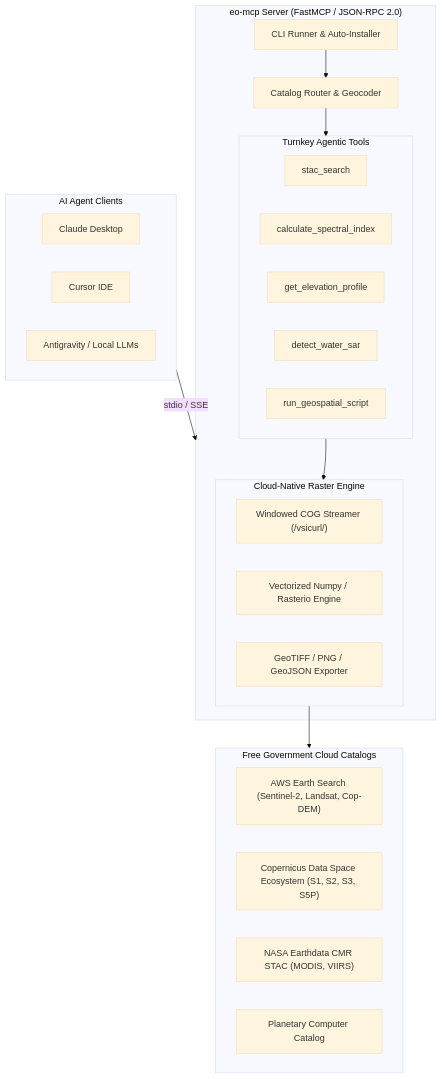
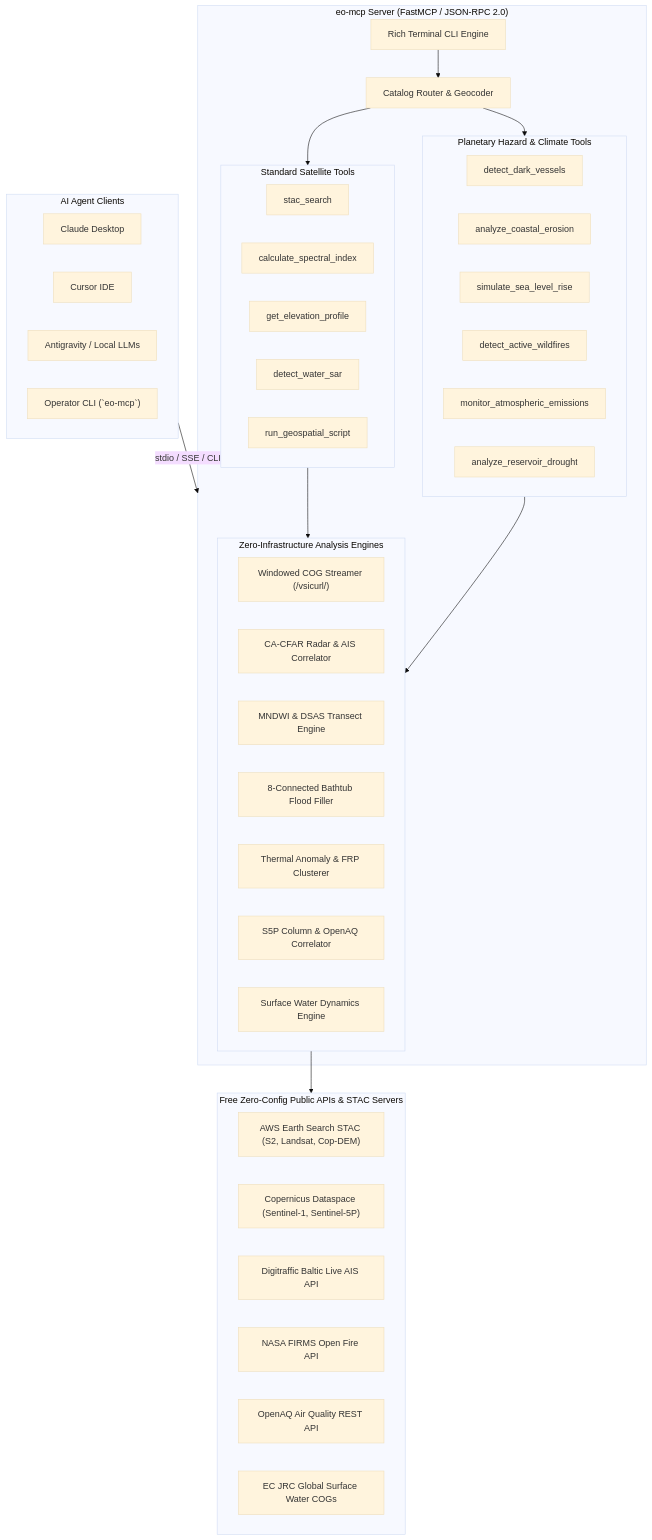
One commit to eo-mcp/eo-mcp changed the diagram in README.md. Above: the diagram before and after it, drawn with Mermaid (base theme). The commit also changed other lines of this file and 32 other files, not shown here.

Commit message:
feat: planetary observation suite, extended tools, and updated technical documentation

````diff
--- a/README.md
+++ b/README.md
@@ -151,40 +274,58 @@
 ```mermaid
 flowchart TD
     subgraph Clients["AI Agent Clients"]
         Claude["Claude Desktop"]
         Cursor["Cursor IDE"]
         Antigravity["Antigravity / Local LLMs"]
+        CLI_User["Operator CLI (`eo-mcp`)"]
     end
 
     subgraph Server["eo-mcp Server (FastMCP / JSON-RPC 2.0)"]
-        CLI["CLI Runner & Auto-Installer"]
+        CLI["Rich Terminal CLI Engine"]
         Router["Catalog Router & Geocoder"]
         
-        subgraph Tools["Turnkey Agentic Tools"]
+        subgraph StandardTools["Standard Satellite Tools"]
             T1["stac_search"]
             T2["calculate_spectral_index"]
             T3["get_elevation_profile"]
             T4["detect_water_sar"]
             T5["run_geospatial_script"]
         end
 
-        subgraph Core["Cloud-Native Raster Engine"]
+        subgraph PlanetaryTools["Planetary Hazard & Climate Tools"]
+            P1["detect_dark_vessels"]
+            P2["analyze_coastal_erosion"]
+            P3["simulate_sea_level_rise"]
+            P4["detect_active_wildfires"]
+            P5["monitor_atmospheric_emissions"]
+            P6["analyze_reservoir_drought"]
+        end
+
+        subgraph Core["Zero-Infrastructure Analysis Engines"]
             COG["Windowed COG Streamer (/vsicurl/)"]
-            BandMath["Vectorized Numpy / Rasterio Engine"]
-            Export["GeoTIFF / PNG / GeoJSON Exporter"]
+            CFAR["CA-CFAR Radar & AIS Correlator"]
+            DSAS["MNDWI & DSAS Transect Engine"]
+            Bathtub["8-Connected Bathtub Flood Filler"]
+            FIRMS["Thermal Anomaly & FRP Clusterer"]
+            TROPOMI["S5P Column & OpenAQ Correlator"]
+            GSW["Surface Water Dynamics Engine"]
         end
     end
 
-    subgraph Archives["Free Government Cloud Catalogs"]
-        AWS["AWS Earth Search (Sentinel-2, Landsat, Cop-DEM)"]
-        CDSE["Copernicus Data Space Ecosystem (S1, S2, S3, S5P)"]
-        NASA["NASA Earthdata CMR STAC (MODIS, VIIRS)"]
-        PC["Planetary Computer Catalog"]
+    subgraph Archives["Free Zero-Config Public APIs & STAC Servers"]
+        AWS["AWS Earth Search STAC (S2, Landsat, Cop-DEM)"]
+        CDSE["Copernicus Dataspace (Sentinel-1, Sentinel-5P)"]
+        AIS_API["Digitraffic Baltic Live AIS API"]
+        NASA_API["NASA FIRMS Open Fire API"]
+        OPENAQ_API["OpenAQ Air Quality REST API"]
+        JRC_API["EC JRC Global Surface Water COGs"]
     end
 
-    Clients -->|stdio / SSE| Server
+    Clients -->|stdio / SSE / CLI| Server
     CLI --> Router
-    Router --> Tools
-    Tools --> Core
+    Router --> StandardTools
+    Router --> PlanetaryTools
+    StandardTools --> Core
+    PlanetaryTools --> Core
     Core --> Archives
 ```
````
